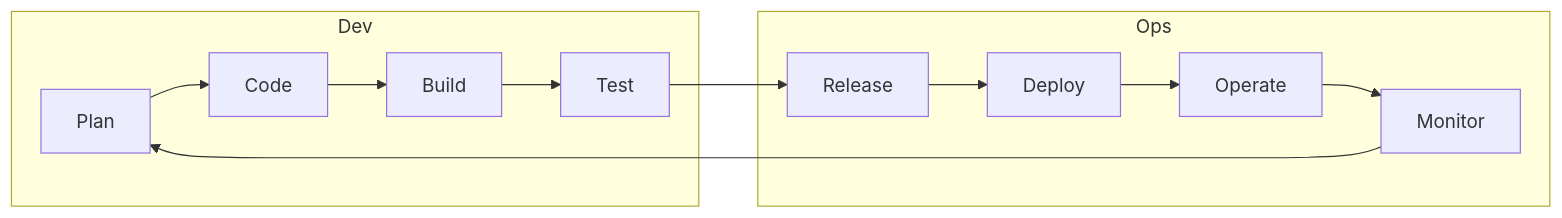
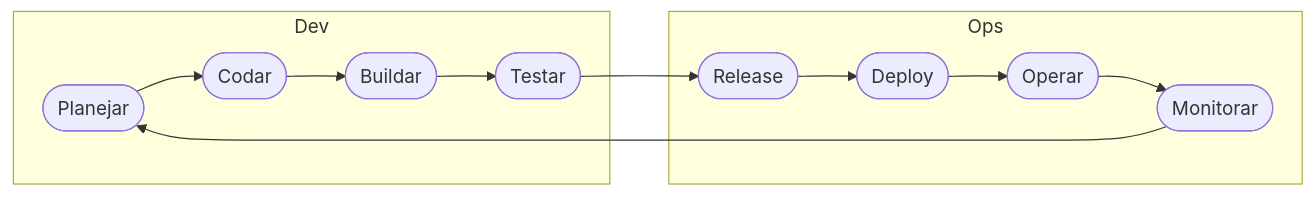
Before and after one commit to ricardotecpro/ads_mod_13_devops_e_cloud: the second of 2 diagrams in docs/aulas/aula-01.md, drawn with Mermaid. The commit also changed other lines of this file and 66 other files, not shown here.

````diff
--- a/docs/aulas/aula-01.md
+++ b/docs/aulas/aula-01.md
@@ -50,15 +50,15 @@
 ```mermaid
 graph LR
     subgraph "Dev"
-        Plan --> Code
-        Code --> Build
-        Build --> Test
+        Plan(["Planejar"]) --> Code(["Codar"])
+        Code(["Codar"]) --> Build(["Buildar"])
+        Build(["Buildar"]) --> Test(["Testar"])
     end
     subgraph "Ops"
-        Release --> Deploy
-        Deploy --> Operate
-        Operate --> Monitor
+        Release(["Release"]) --> Deploy(["Deploy"])
+        Deploy(["Deploy"]) --> Operate(["Operar"])
+        Operate(["Operar"]) --> Monitor(["Monitorar"])
     end
     Test --> Release
     Monitor --> Plan
 ```
````
